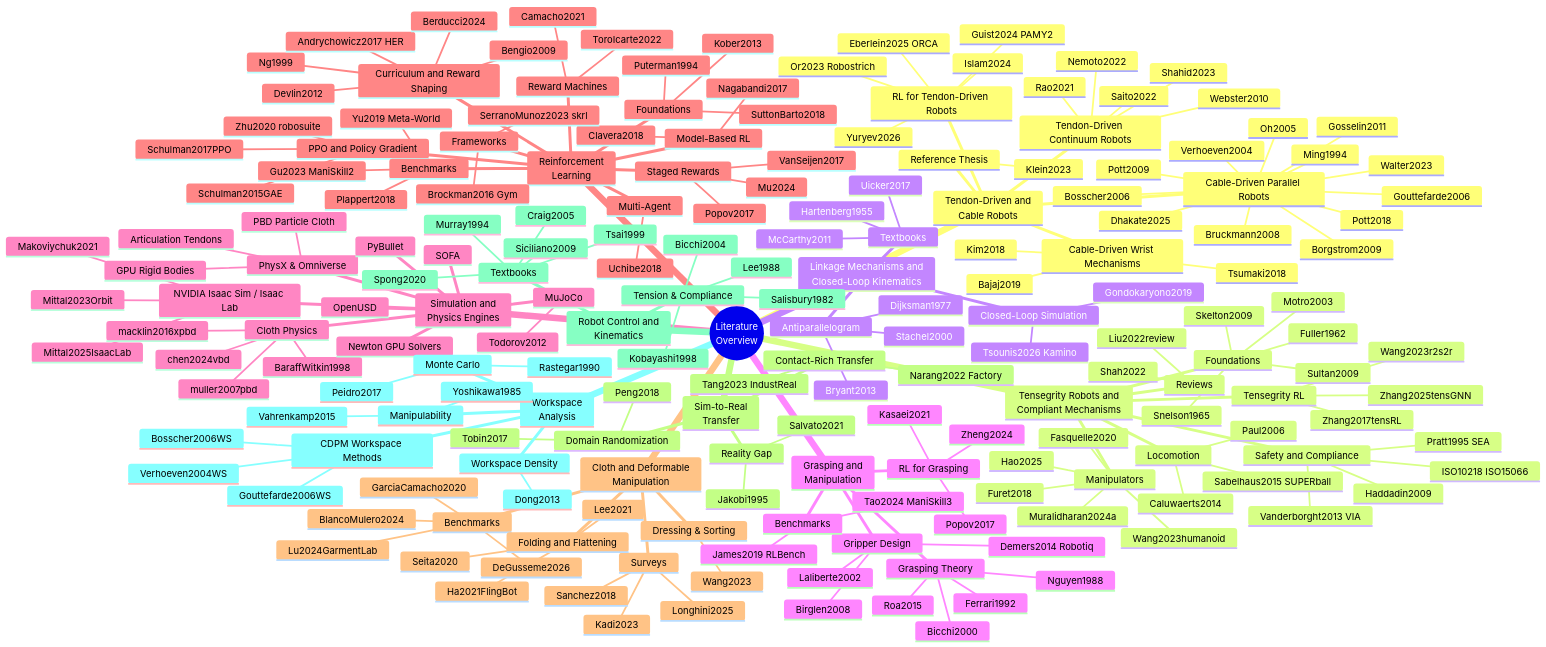
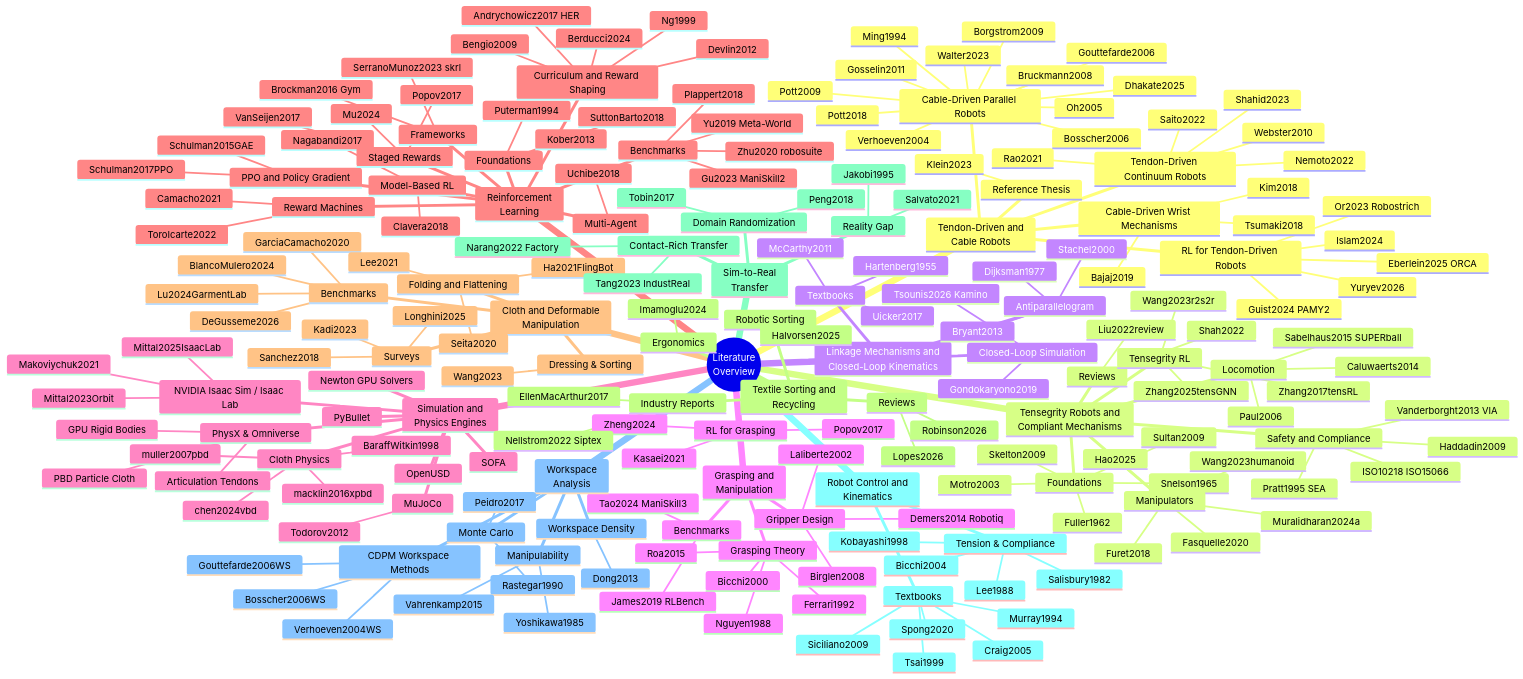
The diagram in doc/Literatur/topic_overview.mermaid (gMey00/tendonbot-sim-rl), drawn with Mermaid before and after one commit. The commit also changed 509 other files, not shown here.

```diff
--- a/doc/Literatur/topic_overview.mermaid
+++ b/doc/Literatur/topic_overview.mermaid
@@ -160,6 +160,17 @@
         Lee2021
       Dressing & Sorting
         Wang2023
+    Textile Sorting and<br/>Recycling
+      Industry Reports
+        EllenMacArthur2017
+        Nellstrom2022 Siptex
+      Reviews
+        Lopes2026
+        Robinson2026
+      Robotic Sorting
+        Halvorsen2025
+      Ergonomics
+        Imamoglu2024
     Sim-to-Real<br/>Transfer
       Domain Randomization
         Tobin2017
```
